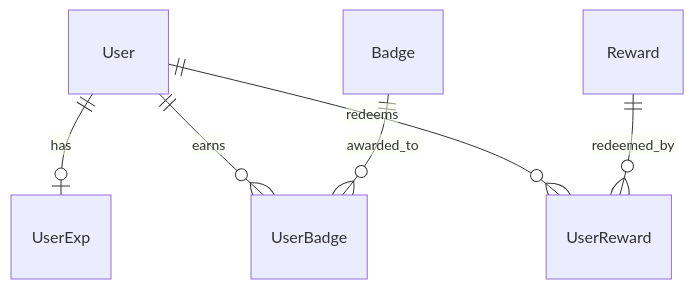
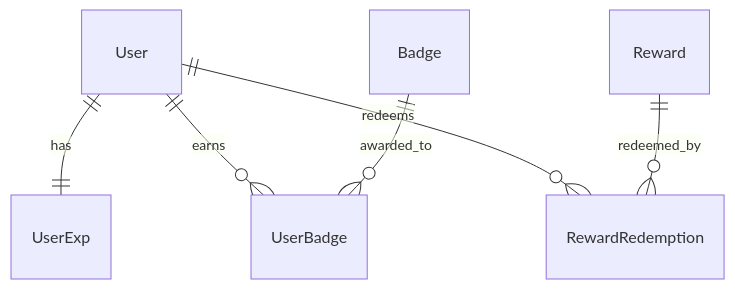
Before and after one commit to philongdanh/lms: the diagram in docs/specs/02-modules/gamification/data.md, drawn with Mermaid. The commit also changed other lines of this file and 53 other files, not shown here.

````diff
--- a/docs/specs/02-modules/gamification/data.md
+++ b/docs/specs/02-modules/gamification/data.md
@@ -70,14 +65,13 @@
 ```mermaid
 ---
 config:
   themeVariables:
     fontFamily: "EB Garamond"
 ---
 erDiagram
-    User ||--o| UserExp : "has"
+    User ||--|| UserExp : "has"
     User ||--o{ UserBadge : "earns"
-    User ||--o{ UserReward : "redeems"
-
     Badge ||--o{ UserBadge : "awarded_to"
-    Reward ||--o{ UserReward : "redeemed_by"
+    User ||--o{ RewardRedemption : "redeems"
+    Reward ||--o{ RewardRedemption : "redeemed_by"
 ```
````
